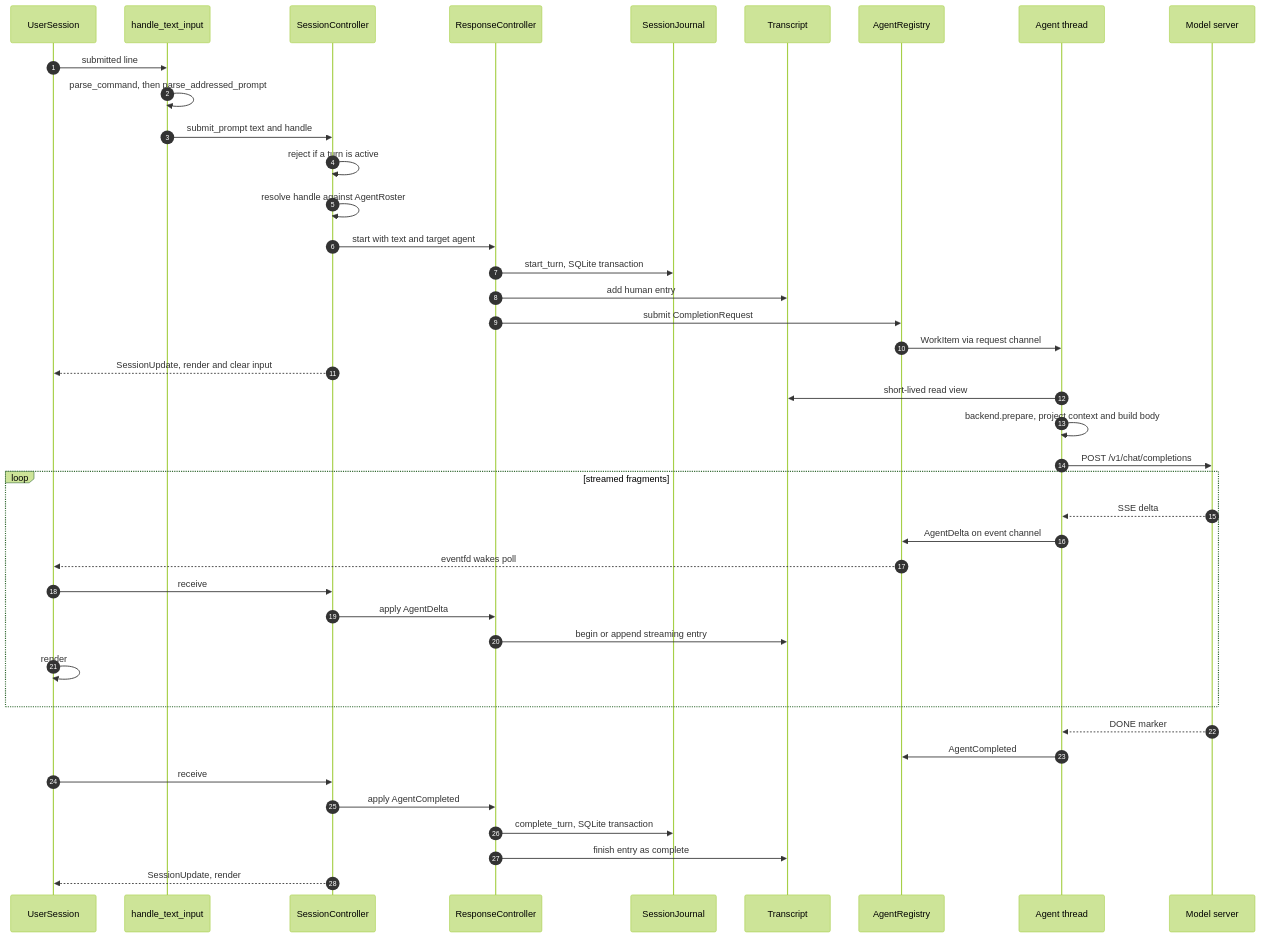
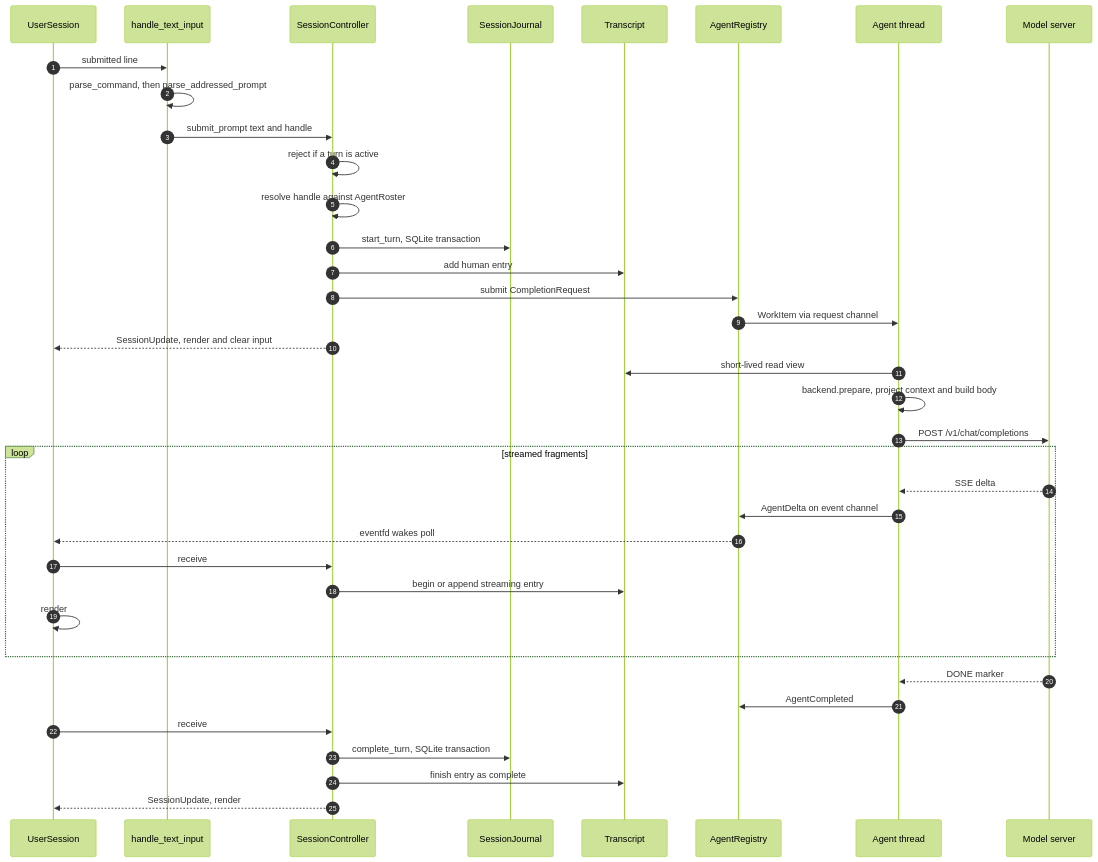
The third of 4 diagrams in src/README.md (michaelpopov/cha), drawn with Mermaid (forest theme) before and after one commit. The commit also changed other lines of this file and 7 other files, not shown here.

Commit message:
Folding ResponseController into SessionController

````diff
--- a/src/README.md
+++ b/src/README.md
@@ -198,45 +196,41 @@
 ```mermaid
 sequenceDiagram
     autonumber
     participant U as UserSession
     participant T as handle_text_input
     participant C as SessionController
-    participant R as ResponseController
     participant J as SessionJournal
     participant V as Transcript
     participant G as AgentRegistry
     participant W as Agent thread
     participant P as Model server
 
     U->>T: submitted line
     T->>T: parse_command, then parse_addressed_prompt
     T->>C: submit_prompt text and handle
     C->>C: reject if a turn is active
     C->>C: resolve handle against AgentRoster
-    C->>R: start with text and target agent
-    R->>J: start_turn, SQLite transaction
-    R->>V: add human entry
-    R->>G: submit CompletionRequest
+    C->>J: start_turn, SQLite transaction
+    C->>V: add human entry
+    C->>G: submit CompletionRequest
     G->>W: WorkItem via request channel
     C-->>U: SessionUpdate, render and clear input
 
     W->>V: short-lived read view
     W->>W: backend.prepare, project context and build body
     W->>P: POST /v1/chat/completions
     loop streamed fragments
         P-->>W: SSE delta
         W->>G: AgentDelta on event channel
         G-->>U: eventfd wakes poll
         U->>C: receive
-        C->>R: apply AgentDelta
-        R->>V: begin or append streaming entry
+        C->>V: begin or append streaming entry
         U->>U: render
     end
     P-->>W: DONE marker
     W->>G: AgentCompleted
     U->>C: receive
-    C->>R: apply AgentCompleted
-    R->>J: complete_turn, SQLite transaction
-    R->>V: finish entry as complete
+    C->>J: complete_turn, SQLite transaction
+    C->>V: finish entry as complete
     C-->>U: SessionUpdate, render
 ```
````
